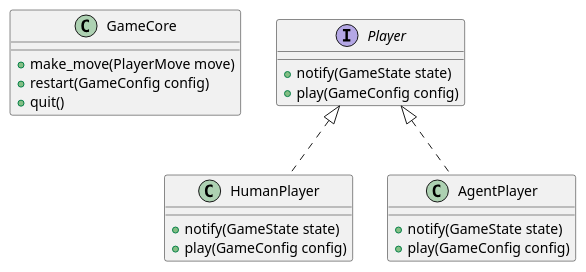
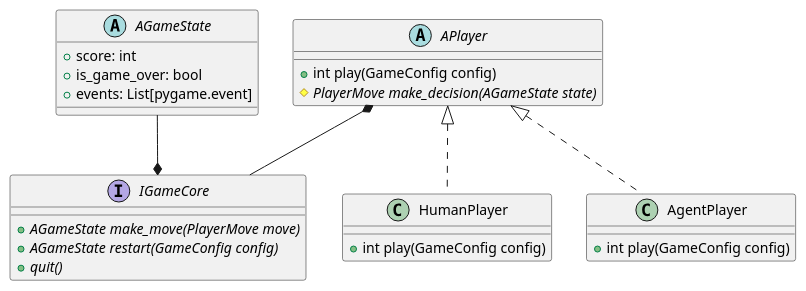
Before and after one commit to lzajka/gra-RL: the first of 2 diagrams in docs/source_code/index.rst, drawn with PlantUML. The commit also changed other lines of this file, not shown here.

```diff
--- a/docs/source_code/index.rst
+++ b/docs/source_code/index.rst
@@ -20,22 +22,29 @@
 .. uml::
 
-    class GameCore {
-    + make_move(PlayerMove move)
-    + restart(GameConfig config)
-    + quit()
+    abstract class AGameState {
+        + score: int
+        + is_game_over: bool
+        + events: List[pygame.event]
     }
 
-    interface Player {
-    + notify(GameState state)
-    + play(GameConfig config)
+    interface IGameCore {
+    + {abstract} AGameState make_move(PlayerMove move)
+    + {abstract} AGameState restart(GameConfig config)
+    + {abstract} quit()
     }
 
-    class HumanPlayer implements Player {
-    + notify(GameState state)
-    + play(GameConfig config)
+    abstract APlayer {
+    + int play(GameConfig config)
+    # {abstract} PlayerMove make_decision(AGameState state)
     }
 
-    class AgentPlayer implements Player {
-    + notify(GameState state)
-    + play(GameConfig config)
+    class HumanPlayer implements APlayer {
+    + int play(GameConfig config)
+    }
+
+    class AgentPlayer implements APlayer {
+    + int play(GameConfig config)
     }    
+
+    APlayer *-- IGameCore
+    AGameState --* IGameCore
```
